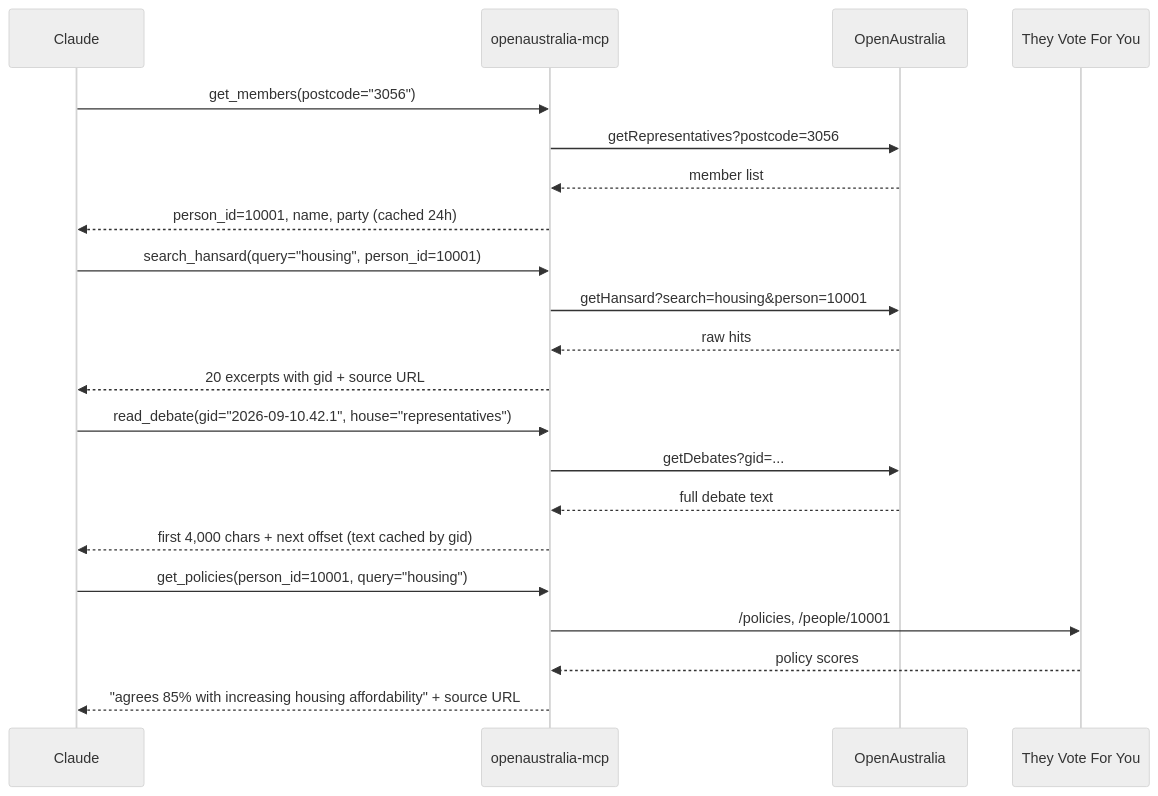
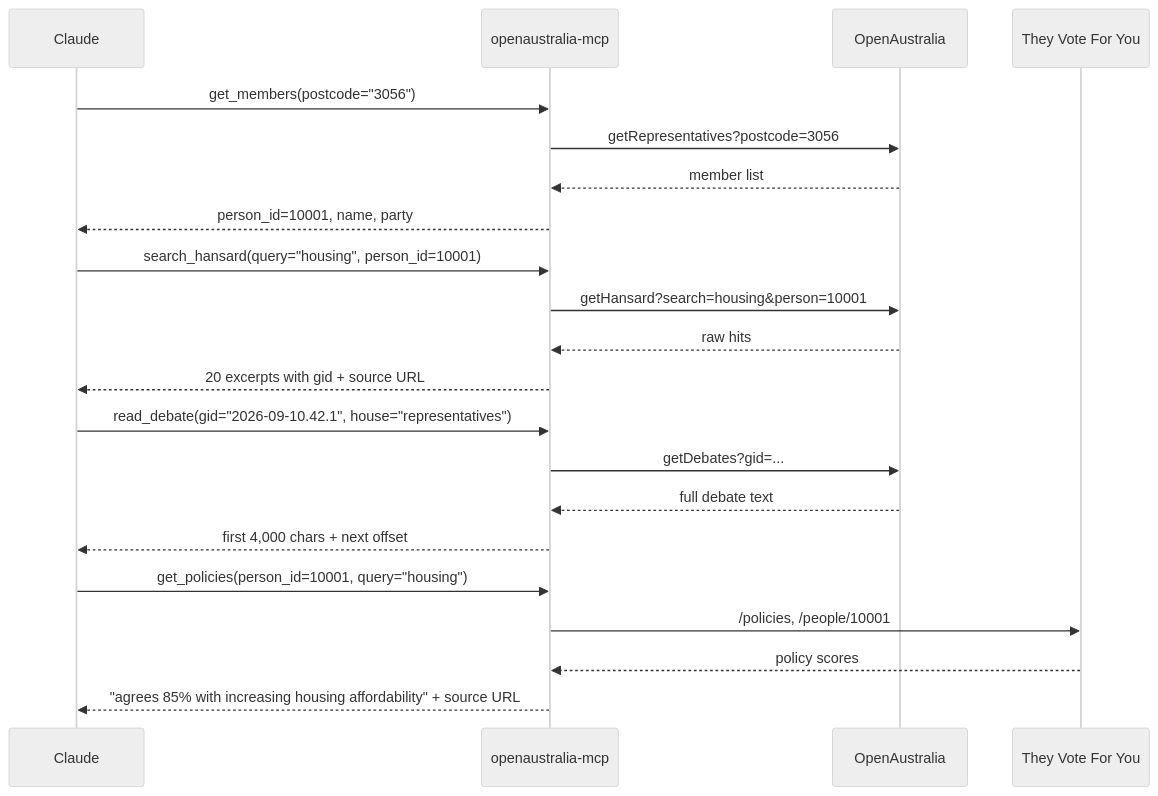
Before and after one commit to jeremiah-wa/openaustralia-mcp: the third of 5 diagrams in docs/architecture.md, drawn with Mermaid (neutral theme). The commit also changed other lines of this file and 12 other files, not shown here.

First line of the commit message:
docs: split architecture.md and start recording ADRs (#21)

````diff
--- a/docs/architecture.md
+++ b/docs/architecture.md
@@ -112,27 +67,27 @@
 ```mermaid
 sequenceDiagram
     participant C as Claude
     participant S as openaustralia-mcp
     participant OA as OpenAustralia
     participant TV as They Vote For You
 
     C->>S: get_members(postcode="3056")
     S->>OA: getRepresentatives?postcode=3056
     OA-->>S: member list
-    S-->>C: person_id=10001, name, party (cached 24h)
+    S-->>C: person_id=10001, name, party
 
     C->>S: search_hansard(query="housing", person_id=10001)
     S->>OA: getHansard?search=housing&person=10001
     OA-->>S: raw hits
     S-->>C: 20 excerpts with gid + source URL
 
     C->>S: read_debate(gid="2026-09-10.42.1", house="representatives")
     S->>OA: getDebates?gid=...
     OA-->>S: full debate text
-    S-->>C: first 4,000 chars + next offset (text cached by gid)
+    S-->>C: first 4,000 chars + next offset
 
     C->>S: get_policies(person_id=10001, query="housing")
     S->>TV: /policies, /people/10001
     TV-->>S: policy scores
     S-->>C: "agrees 85% with increasing housing affordability" + source URL
 ```
````
